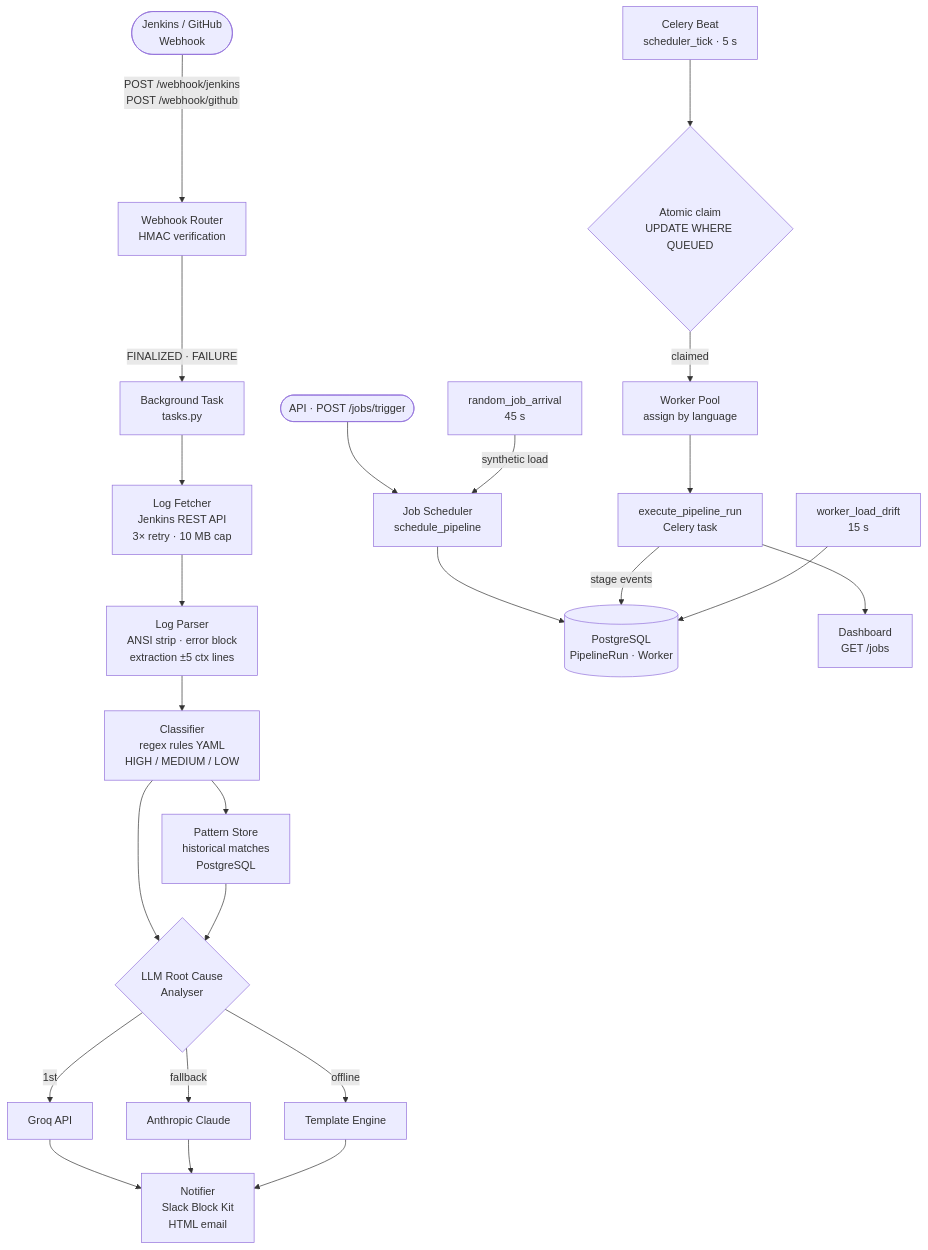
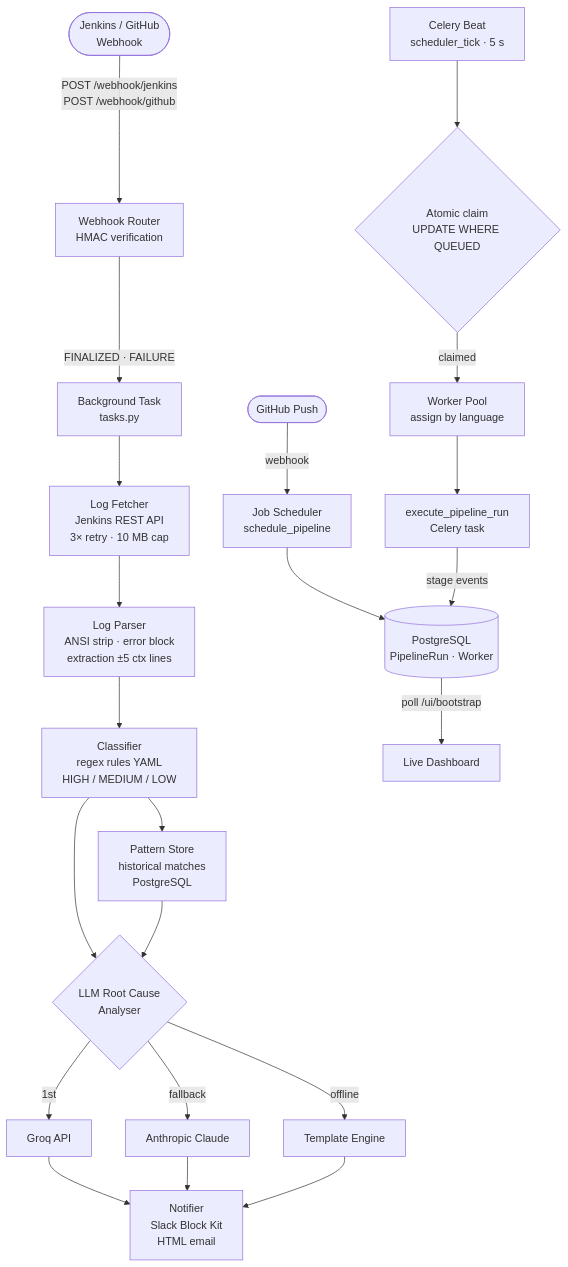
The diagram in README.md (BugHunterX2101/Jenkins_Log_Intel_System), drawn with Mermaid before and after one commit. The commit also changed other lines of this file and 2310 other files, not shown here.

````diff
--- a/README.md
+++ b/README.md
@@ -9,28 +27,25 @@
 ```mermaid
 flowchart TD
     A([Jenkins / GitHub\nWebhook]) -->|POST /webhook/jenkins\nPOST /webhook/github| B[Webhook Router\nHMAC verification]
     B -->|FINALIZED · FAILURE| C[Background Task\ntasks.py]
 
     C --> D[Log Fetcher\nJenkins REST API\n3× retry · 10 MB cap]
     D --> E[Log Parser\nANSI strip · error block\nextraction ±5 ctx lines]
     E --> F[Classifier\nregex rules YAML\nHIGH / MEDIUM / LOW]
     F --> G[Pattern Store\nhistorical matches\nPostgreSQL]
     F & G --> H{LLM Root Cause\nAnalyser}
 
     H -->|1st| I[Groq API]
     H -->|fallback| J[Anthropic Claude]
     H -->|offline| K[Template Engine]
 
     I & J & K --> L[Notifier\nSlack Block Kit\nHTML email]
 
-    M([API · POST /jobs/trigger]) --> N[Job Scheduler\nschedule_pipeline]
+    M([GitHub Push]) -->|webhook| N[Job Scheduler\nschedule_pipeline]
     N --> O[(PostgreSQL\nPipelineRun · Worker)]
     P[Celery Beat\nscheduler_tick · 5 s] --> Q{Atomic claim\nUPDATE WHERE QUEUED}
     Q -->|claimed| R[Worker Pool\nassign by language]
     R --> S[execute_pipeline_run\nCelery task]
     S -->|stage events| O
-    S --> T[Dashboard\nGET /jobs]
-
-    U[random_job_arrival\n45 s] -->|synthetic load| N
-    V[worker_load_drift\n15 s] --> O
+    O -->|poll /ui/bootstrap| T[Live Dashboard]
 ```
````
